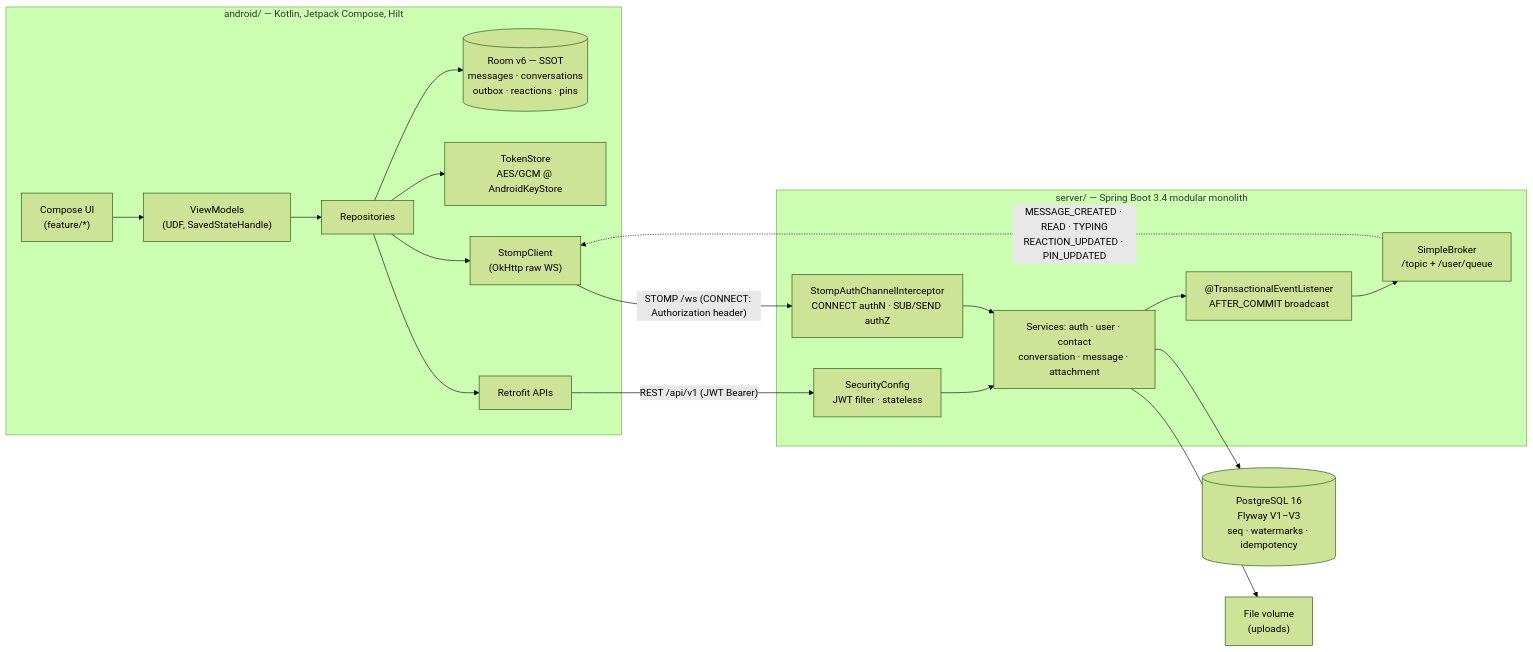
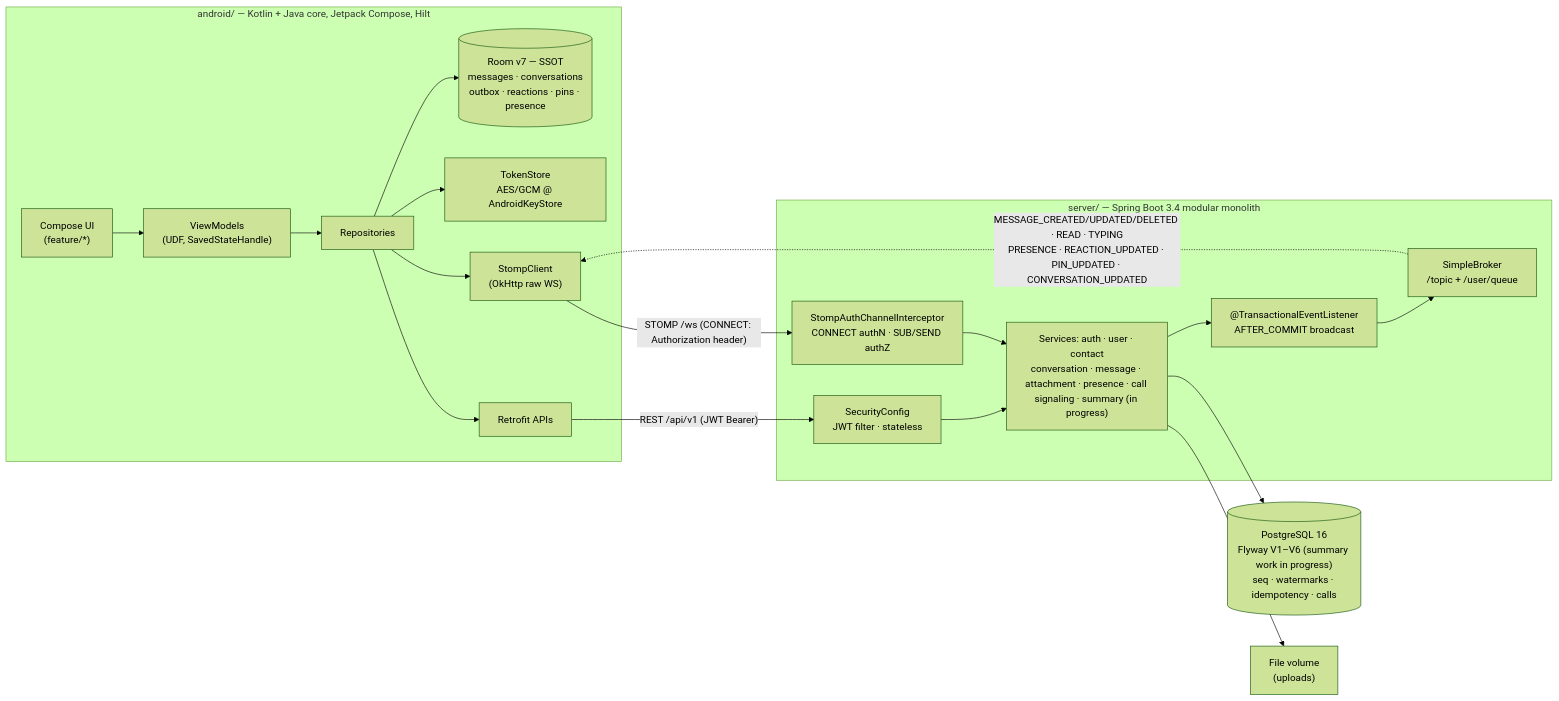
One commit to JasonTM17/Nexachat_AppJ changed the diagram in README.md. Above: the diagram before and after it, drawn with Mermaid (forest theme). The commit also changed other lines of this file and 159 other files, not shown here.

Commit message:
docs: calls, AI summary, security review, operations, design evidence and report sync

````diff
--- a/README.md
+++ b/README.md
@@ -33,29 +51,29 @@
 ```mermaid
 flowchart LR
-    subgraph Android["android/ — Kotlin, Jetpack Compose, Hilt"]
+    subgraph Android["android/ — Kotlin + Java core, Jetpack Compose, Hilt"]
         UI["Compose UI<br/>(feature/*)"] --> VM["ViewModels<br/>(UDF, SavedStateHandle)"]
         VM --> REPO["Repositories"]
-        REPO --> ROOM[("Room v6 — SSOT<br/>messages · conversations<br/>outbox · reactions · pins")]
+        REPO --> ROOM[("Room v7 — SSOT<br/>messages · conversations<br/>outbox · reactions · pins · presence")]
         REPO --> TS["TokenStore<br/>AES/GCM @ AndroidKeyStore"]
         REPO --> ST["StompClient<br/>(OkHttp raw WS)"]
         REPO --> RT["Retrofit APIs"]
     end
 
     subgraph Server["server/ — Spring Boot 3.4 modular monolith"]
         SEC["SecurityConfig<br/>JWT filter · stateless"]
         INT["StompAuthChannelInterceptor<br/>CONNECT authN · SUB/SEND authZ"]
-        SVC["Services: auth · user · contact<br/>conversation · message · attachment"]
+        SVC["Services: auth · user · contact<br/>conversation · message · attachment · presence · call signaling · summary (in progress)"]
         EVT["@TransactionalEventListener<br/>AFTER_COMMIT broadcast"]
         BR["SimpleBroker<br/>/topic + /user/queue"]
     end
 
-    DB[("PostgreSQL 16<br/>Flyway V1–V3<br/>seq · watermarks · idempotency")]
+    DB[("PostgreSQL 16<br/>Flyway V1–V6 (summary work in progress)<br/>seq · watermarks · idempotency · calls")]
     FS["File volume<br/>(uploads)"]
 
     RT -- "REST /api/v1 (JWT Bearer)" --> SEC --> SVC
     ST -- "STOMP /ws (CONNECT: Authorization header)" --> INT --> SVC
     SVC --> DB
     SVC --> FS
     SVC --> EVT --> BR
-    BR -. "MESSAGE_CREATED · READ · TYPING<br/>REACTION_UPDATED · PIN_UPDATED" .-> ST
+    BR -. "MESSAGE_CREATED/UPDATED/DELETED · READ · TYPING<br/>PRESENCE · REACTION_UPDATED · PIN_UPDATED · CONVERSATION_UPDATED" .-> ST
 ```
````
